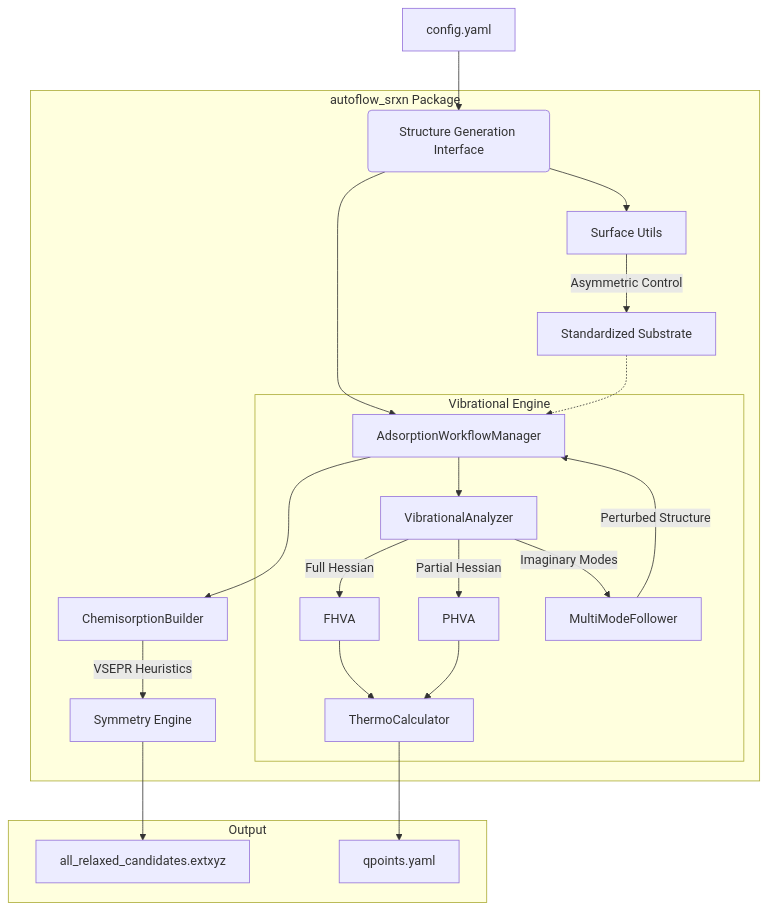
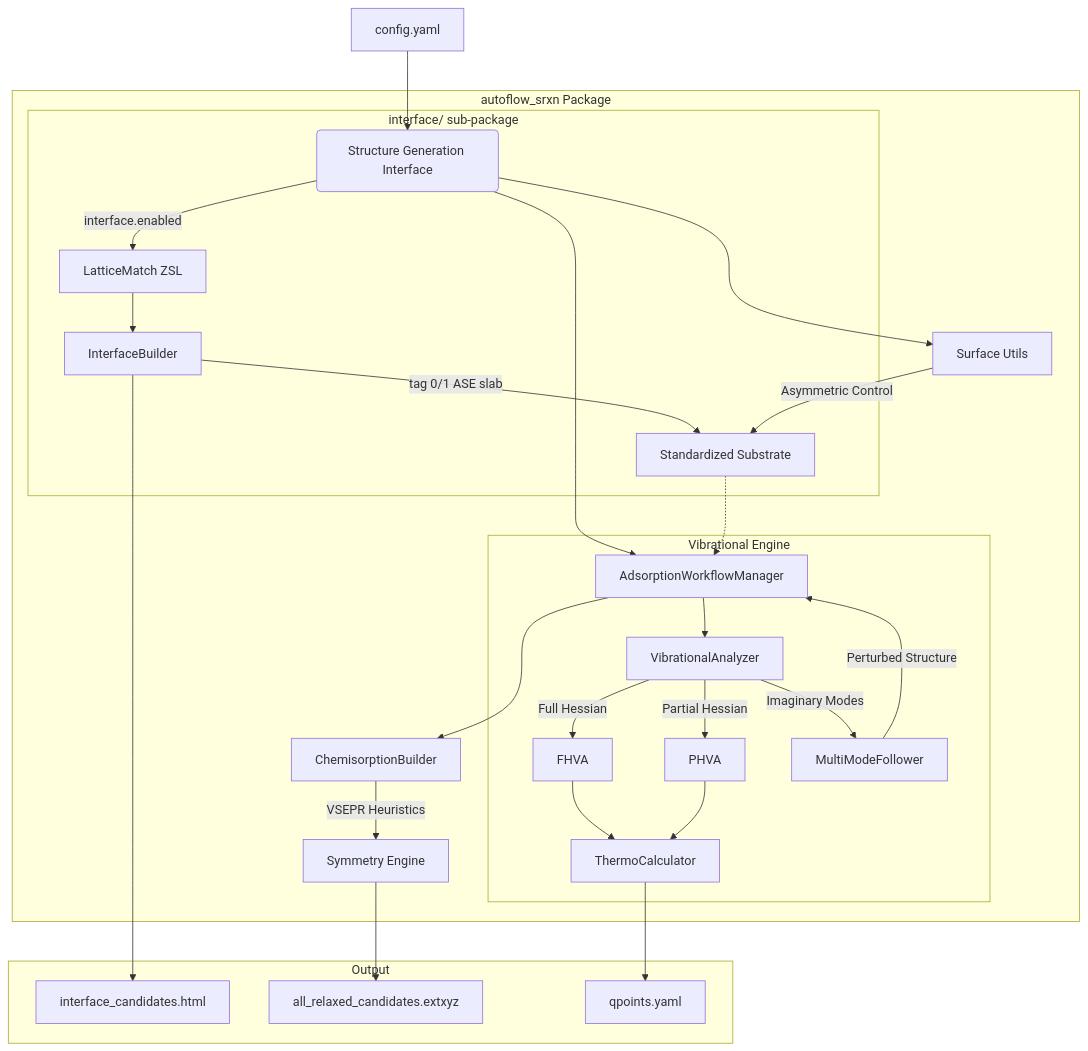
One commit to DonghLee57/autoflow_SRXN changed the diagram in README.md. Above: the diagram before and after it, drawn with Mermaid. The commit also changed other lines of this file and 29 other files, not shown here.

````diff
--- a/README.md
+++ b/README.md
@@ -90,26 +69,32 @@
 ```mermaid
 graph TD
     A[config.yaml] --> B(Structure Generation Interface)
     subgraph pkg [autoflow_srxn Package]
+        subgraph IFACE [interface/ sub-package]
+            B -->|interface.enabled| LM[LatticeMatch ZSL]
+            LM --> IB[InterfaceBuilder]
+            IB -->|tag 0/1 ASE slab| PA
+        end
         B --> P[Surface Utils]
         P -->|Asymmetric Control| PA[Standardized Substrate]
         B --> C[AdsorptionWorkflowManager]
         PA -.-> C
         C --> D[ChemisorptionBuilder]
         D -->|VSEPR Heuristics| SY[Symmetry Engine]
         
         subgraph VIB [Vibrational Engine]
             C --> VA[VibrationalAnalyzer]
             VA -->|Full Hessian| FH[FHVA]
             VA -->|Partial Hessian| PH[PHVA]
             FH & PH --> TC[ThermoCalculator]
             VA -->|Imaginary Modes| MF[MultiModeFollower]
             MF -->|Perturbed Structure| C
         end
     end
     
     subgraph Output
+        IB --> IC[interface_candidates.html]
         SY --> G[all_relaxed_candidates.extxyz]
         TC --> Q[qpoints.yaml]
     end
 ```
````
